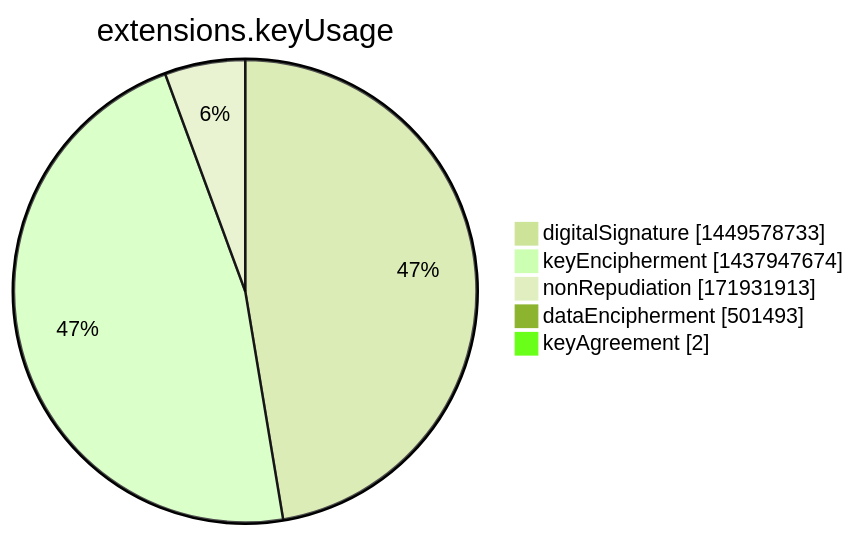
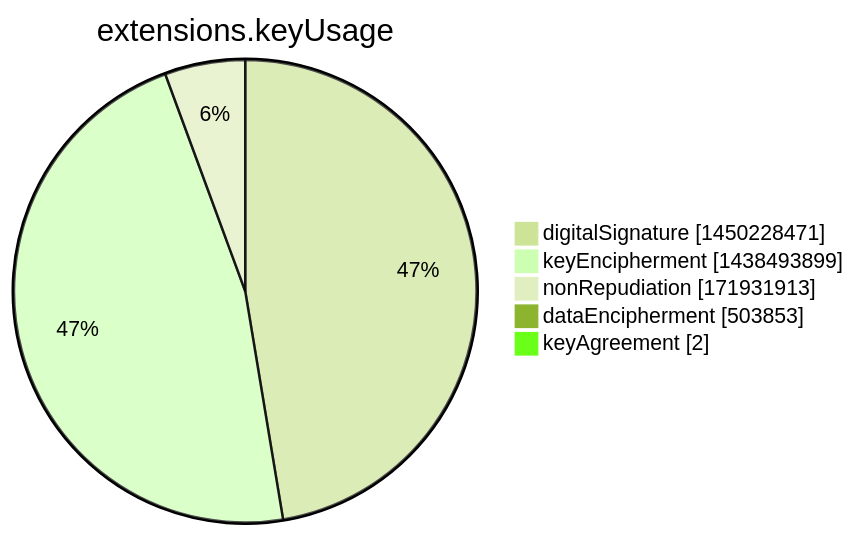
The seventh of 15 diagrams in argon2022/README.md (christiankrug/ctmonitor_visualization), drawn with Mermaid (forest theme) before and after one commit. The commit also changed other lines of this file, not shown here.

````diff
--- a/argon2022/README.md
+++ b/argon2022/README.md
@@ -2751,9 +2751,9 @@
 ```mermaid
 pie showData
 title extensions.keyUsage
-"digitalSignature" :1449578733
-"keyEncipherment" :1437947674
+"digitalSignature" :1450228471
+"keyEncipherment" :1438493899
 "nonRepudiation" :171931913
-"dataEncipherment" :501493
+"dataEncipherment" :503853
 "keyAgreement" :2
 ```
````
